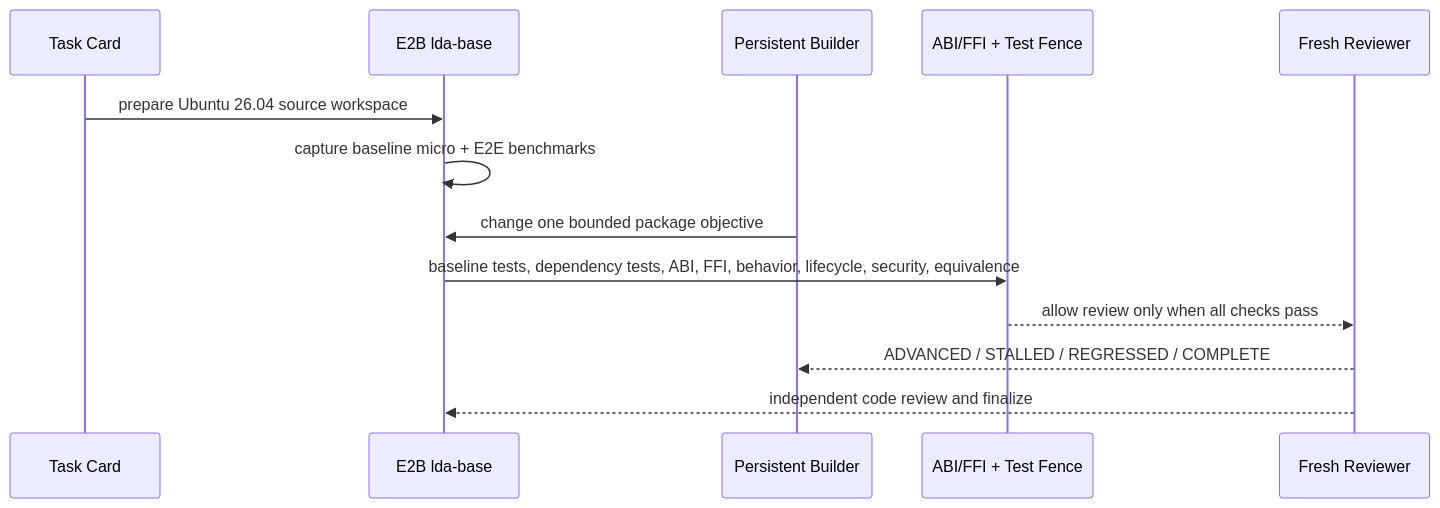
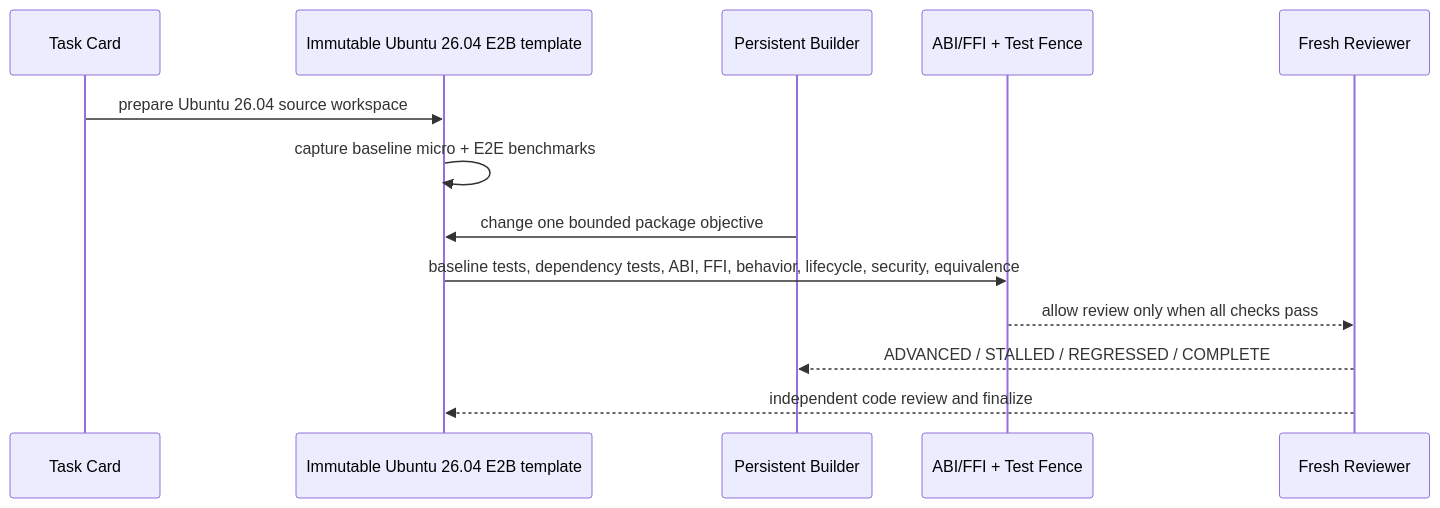
One commit to yisun219/LDA-HM-AS changed the second of 3 diagrams in docs/FLOW.md. Above: the diagram before and after it, drawn with Mermaid. The commit also changed other lines of this file and 81 other files, not shown here.

Commit message:
implement production Ubuntu package optimization flow

````diff
--- a/docs/FLOW.md
+++ b/docs/FLOW.md
@@ -30,15 +30,15 @@
 ```mermaid
 sequenceDiagram
   participant C as Task Card
-  participant S as E2B lda-base
+  participant S as Immutable Ubuntu 26.04 E2B template
   participant B as Persistent Builder
   participant F as ABI/FFI + Test Fence
   participant R as Fresh Reviewer
   C->>S: prepare Ubuntu 26.04 source workspace
   S->>S: capture baseline micro + E2E benchmarks
   B->>S: change one bounded package objective
   S->>F: baseline tests, dependency tests, ABI, FFI, behavior, lifecycle, security, equivalence
   F-->>R: allow review only when all checks pass
   R-->>B: ADVANCED / STALLED / REGRESSED / COMPLETE
   R-->>S: independent code review and finalize
 ```
````
